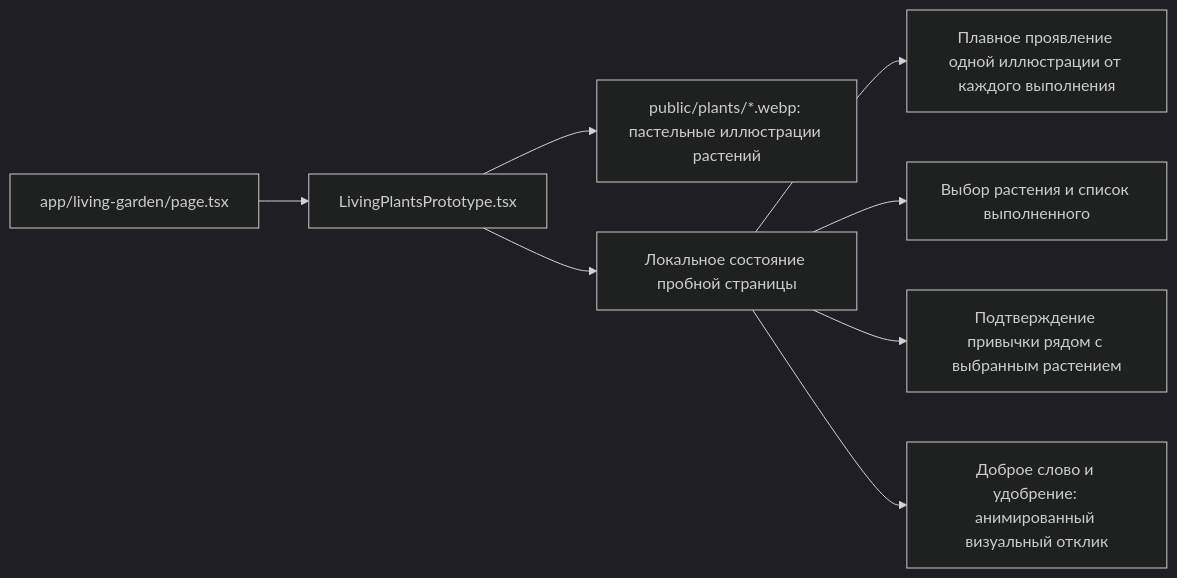
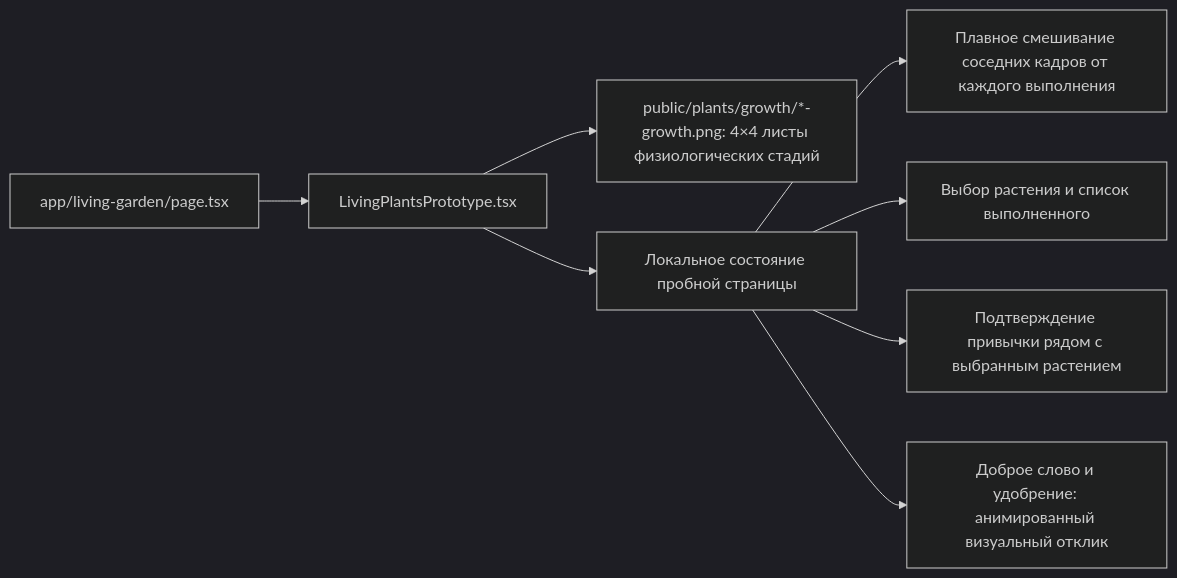
Before and after one commit to katrin27108-rgb/rost-habit-garden: the fifth of 7 diagrams in docs/ARCHITECTURE.md, drawn with Mermaid (dark theme). The commit also changed other lines of this file and 7 other files, not shown here.

Commit message:
Animate plants through real growth stages

````diff
--- a/docs/ARCHITECTURE.md
+++ b/docs/ARCHITECTURE.md
@@ -71,10 +71,10 @@
 ```mermaid
 flowchart LR
   Route[app/living-garden/page.tsx] --> Prototype[LivingPlantsPrototype.tsx]
-  Prototype --> Plants[public/plants/*.webp: пастельные иллюстрации растений]
+  Prototype --> Plants[public/plants/growth/*-growth.png: 4×4 листы физиологических стадий]
   Prototype --> DemoState[Локальное состояние пробной страницы]
-  DemoState --> Growth[Плавное проявление одной иллюстрации от каждого выполнения]
+  DemoState --> Growth[Плавное смешивание соседних кадров от каждого выполнения]
   DemoState --> Checklist[Выбор растения и список выполненного]
   DemoState --> Confirm[Подтверждение привычки рядом с выбранным растением]
   DemoState --> Care[Доброе слово и удобрение: анимированный визуальный отклик]
 ```
````
